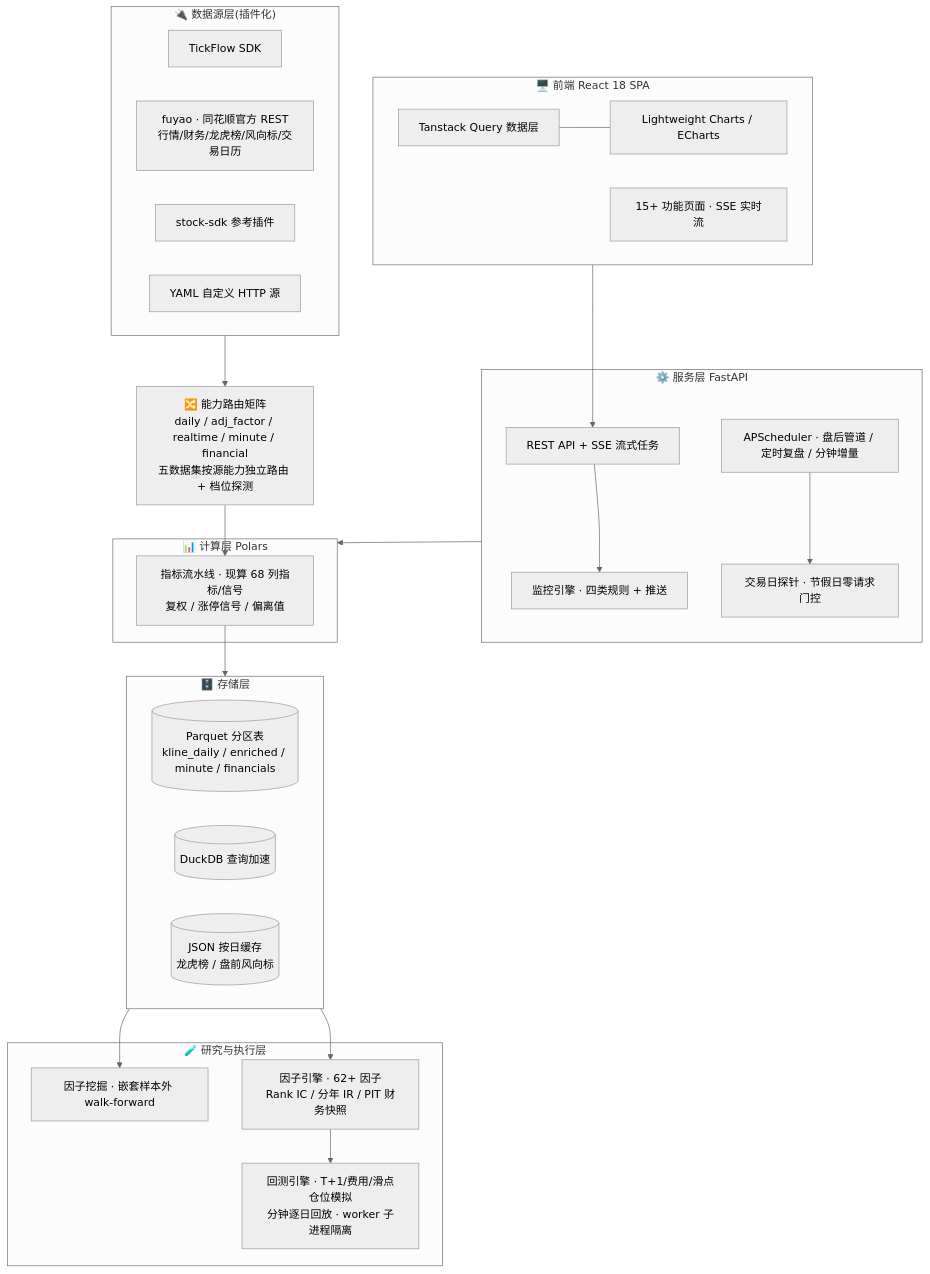
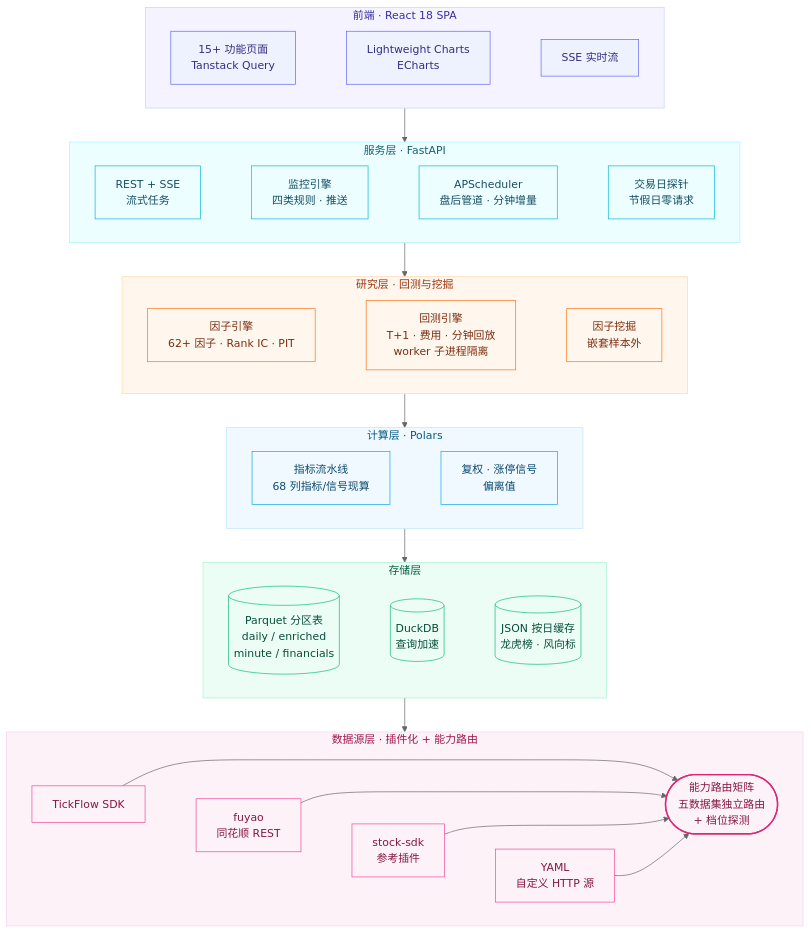
Before and after one commit to kevin9327/tick-stock-panel: the diagram in README.md, drawn with Mermaid (neutral theme).

Commit message:
docs(readme): 重排技术架构图为规整分层堆栈
- 六层横带(前端/服务/研究/计算/存储/数据源), 层间单箭头主轴,
  消除原六子图交叉连线
- 各层 direction LR + 隐形边链: 规避 mermaid 子图方向被外部连线
  继承的限制(实测 404×2490 细高塔 → 848×1222 分层堆栈)
- classDef 按层配色 + 子图标题显式深色(双主题可读), 路由矩阵
  stadium 高亮, 存储层圆柱节点
- 语法经 mermaid@10 浏览器实测: parse ok, 6 带/20 节点/9 边

````diff
--- a/README.md
+++ b/README.md
@@ -148,47 +148,81 @@
 ```mermaid
 flowchart TB
-    subgraph FE["🖥️ 前端 React 18 SPA"]
-        FE1["Tanstack Query 数据层"] --- FE2["Lightweight Charts / ECharts"]
-        FE3["15+ 功能页面 · SSE 实时流"]
+    subgraph FE["前端 · React 18 SPA"]
+        direction LR
+        FE1["15+ 功能页面<br/>Tanstack Query"]
+        FE2["Lightweight Charts<br/>ECharts"]
+        FE3["SSE 实时流"]
+        FE1 ~~~ FE2 ~~~ FE3
     end
 
-    subgraph SVC["⚙️ 服务层 FastAPI"]
-        API["REST API + SSE 流式任务"]
-        MON["监控引擎 · 四类规则 + 推送"]
-        SCH["APScheduler · 盘后管道 / 定时复盘 / 分钟增量"]
-        ORACLE["交易日探针 · 节假日零请求门控"]
+    subgraph SVC["服务层 · FastAPI"]
+        direction LR
+        SVC1["REST + SSE<br/>流式任务"]
+        SVC2["监控引擎<br/>四类规则 · 推送"]
+        SVC3["APScheduler<br/>盘后管道 · 分钟增量"]
+        SVC4["交易日探针<br/>节假日零请求"]
+        SVC1 ~~~ SVC2 ~~~ SVC3 ~~~ SVC4
     end
 
-    subgraph RES["🧪 研究与执行层"]
-        BT["回测引擎 · T+1/费用/滑点仓位模拟<br/>分钟逐日回放 · worker 子进程隔离"]
-        MINE["因子挖掘 · 嵌套样本外 walk-forward"]
-        FACTOR["因子引擎 · 62+ 因子<br/>Rank IC / 分年 IR / PIT 财务快照"]
+    subgraph RES["研究层 · 回测与挖掘"]
+        direction LR
+        RES1["因子引擎<br/>62+ 因子 · Rank IC · PIT"]
+        RES2["回测引擎<br/>T+1 · 费用 · 分钟回放<br/>worker 子进程隔离"]
+        RES3["因子挖掘<br/>嵌套样本外"]
+        RES1 ~~~ RES2 ~~~ RES3
     end
 
-    subgraph CALC["📊 计算层 Polars"]
-        PIPE["指标流水线 · 现算 68 列指标/信号<br/>复权 / 涨停信号 / 偏离值"]
+    subgraph CALC["计算层 · Polars"]
+        direction LR
+        CALC1["指标流水线<br/>68 列指标/信号现算"]
+        CALC2["复权 · 涨停信号<br/>偏离值"]
+        CALC1 ~~~ CALC2
     end
 
-    subgraph STORE["🗄️ 存储层"]
-        P1[("Parquet 分区表<br/>kline_daily / enriched / minute / financials")]
-        P2[("DuckDB 查询加速")]
-        P3[("JSON 按日缓存<br/>龙虎榜 / 盘前风向标")]
+    subgraph STORE["存储层"]
+        direction LR
+        ST1[("Parquet 分区表<br/>daily / enriched<br/>minute / financials")]
+        ST2[("DuckDB<br/>查询加速")]
+        ST3[("JSON 按日缓存<br/>龙虎榜 · 风向标")]
+        ST1 ~~~ ST2 ~~~ ST3
     end
 
-    subgraph SRC["🔌 数据源层(插件化)"]
-        TF["TickFlow SDK"]
-        FY["fuyao · 同花顺官方 REST<br/>行情/财务/龙虎榜/风向标/交易日历"]
-        SDK["stock-sdk 参考插件"]
-        YAML["YAML 自定义 HTTP 源"]
+    subgraph DATA["数据源层 · 插件化 + 能力路由"]
+        direction LR
+        D1["TickFlow SDK"] --> R
+        D2["fuyao<br/>同花顺 REST"] --> R
+        D3["stock-sdk<br/>参考插件"] --> R
+        D4["YAML<br/>自定义 HTTP 源"] --> R
+        R(["能力路由矩阵<br/>五数据集独立路由<br/>+ 档位探测"])
+        D1 ~~~ D2 ~~~ D3 ~~~ D4
     end
 
-    ROUTE["🔀 能力路由矩阵<br/>daily / adj_factor / realtime / minute / financial<br/>五数据集按源能力独立路由 + 档位探测"]
+    FE --> SVC
+    SVC --> RES
+    RES --> CALC
+    CALC --> STORE
+    STORE --> DATA
 
-    FE --> API
-    SRC --> ROUTE --> PIPE --> STORE
-    STORE --> FACTOR --> BT
-    STORE --> MINE
-    API --> MON
-    SCH --> ORACLE
-    SVC --> CALC
+    classDef fe fill:#eef2ff,stroke:#6366f1,color:#312e81
+    classDef svc fill:#ecfeff,stroke:#06b6d4,color:#164e63
+    classDef res fill:#fff7ed,stroke:#f97316,color:#7c2d12
+    classDef calc fill:#f0f9ff,stroke:#0ea5e9,color:#0c4a6e
+    classDef store fill:#ecfdf5,stroke:#10b981,color:#064e3b
+    classDef data fill:#fdf2f8,stroke:#ec4899,color:#831843
+    classDef route fill:#fdf2f8,stroke:#db2777,color:#831843,stroke-width:2px
+
+    class FE1,FE2,FE3 fe
+    class SVC1,SVC2,SVC3,SVC4 svc
+    class RES1,RES2,RES3 res
+    class CALC1,CALC2 calc
+    class ST1,ST2,ST3 store
+    class D1,D2,D3,D4 data
+    class R route
+
+    style FE fill:#f5f3ff,stroke:#c7d2fe,color:#3730a3
+    style SVC fill:#ecfeff,stroke:#a5f3fc,color:#155e75
+    style RES fill:#fff7ed,stroke:#fed7aa,color:#9a3412
+    style CALC fill:#f0f9ff,stroke:#bae6fd,color:#075985
+    style STORE fill:#ecfdf5,stroke:#a7f3d0,color:#065f46
+    style DATA fill:#fdf2f8,stroke:#fbcfe8,color:#9d174d
 ```
````
